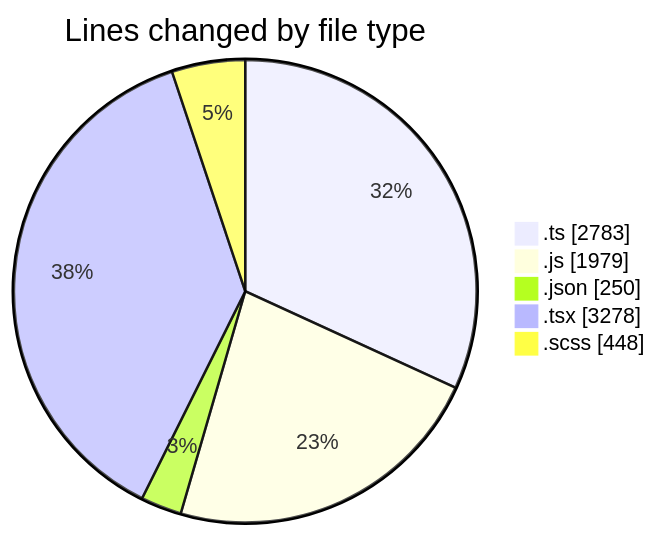
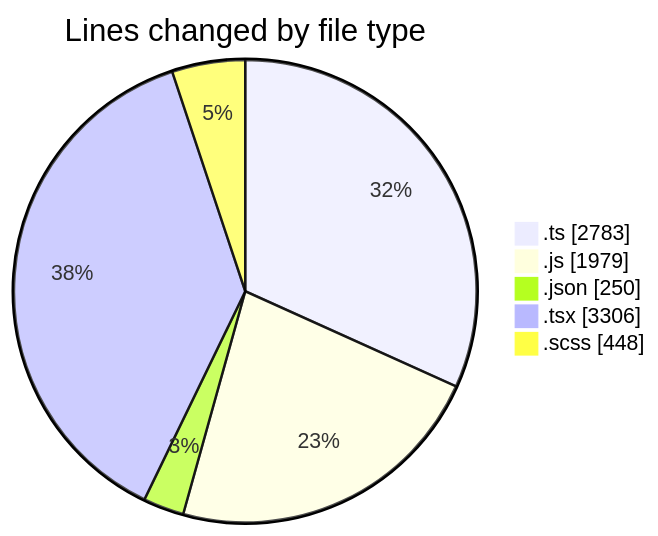
One commit to momahboobian/code-tracking changed the first of 2 diagrams in 2026-06-18/cda/README.md. Above: the diagram before and after it, drawn with Mermaid. The commit also changed other lines of this file and 1 other file, not shown here.

````diff
--- a/2026-06-18/cda/README.md
+++ b/2026-06-18/cda/README.md
@@ -64,9 +64,9 @@
 ```mermaid
 pie showData
 title Lines changed by file type
 ".ts" : 2783
 ".js" : 1979
 ".json" : 250
-".tsx" : 3278
+".tsx" : 3306
 ".scss" : 448
 ```
````
